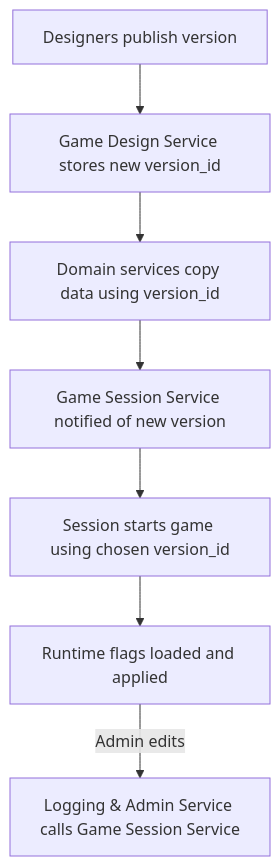
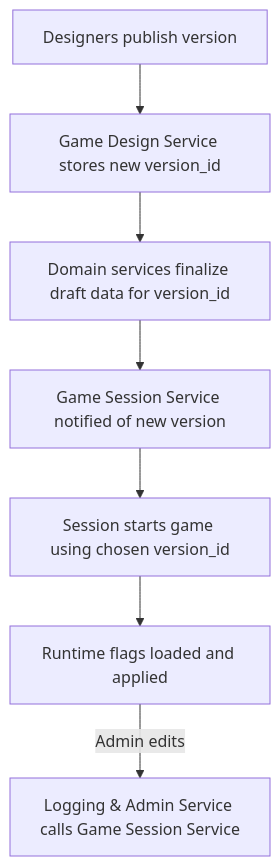
Before and after one commit to benhook1013/FireMUD: the diagram in design/architecture/system-architecture-versioning-runtime.md, drawn with Mermaid. The commit also changed other lines of this file and 8 other files, not shown here.

Commit message:
Refactor versioning docs for domain-owned design data and publish sagas

````diff
--- a/design/architecture/system-architecture-versioning-runtime.md
+++ b/design/architecture/system-architecture-versioning-runtime.md
@@ -87,9 +87,9 @@
 ```mermaid
 flowchart TD
     A[Designers publish version] --> B[Game Design Service stores new version_id]
-    B --> C[Domain services copy data using version_id]
+    B --> C[Domain services finalize draft data for version_id]
     C --> D[Game Session Service notified of new version]
     D --> E[Session starts game using chosen version_id]
     E --> F[Runtime flags loaded and applied]
     F -->|Admin edits| G[Logging & Admin Service calls Game Session Service]
 ```
````
